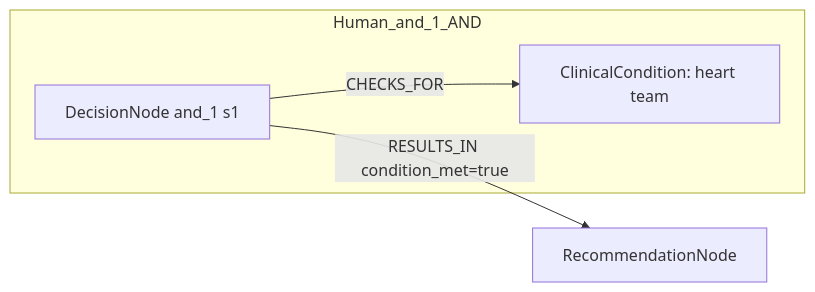
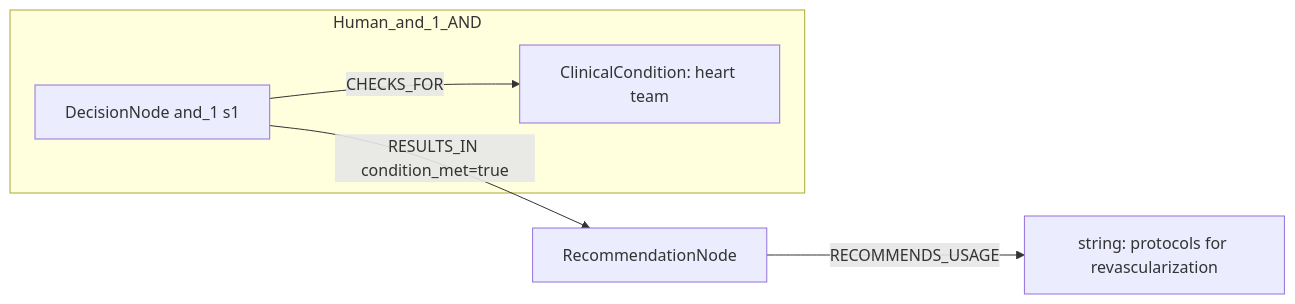
One commit to dieterich-lab/CardioGuidelinesGraph changed the first of 2 diagrams in docs/table22_rows_comparison/row_05.md. Above: the diagram before and after it, drawn with Mermaid. The commit also changed other lines of this file and 21 other files, not shown here.

Commit message:
Fix rowwise Mermaid side handling for human annotations

````diff
--- a/docs/table22_rows_comparison/row_05.md
+++ b/docs/table22_rows_comparison/row_05.md
@@ -161,10 +74,12 @@
 ```mermaid
 graph LR
   REC[RecommendationNode]
+  ACT1[string: protocols for revascularization]
+  REC -->|RECOMMENDS_USAGE| ACT1
   subgraph Human_and_1_AND
     D_and_1_1[DecisionNode and_1 s1]
     C_and_1_1[ClinicalCondition: heart team]
     D_and_1_1 -->|CHECKS_FOR| C_and_1_1
   end
   D_and_1_1 -->|RESULTS_IN condition_met=true| REC
 ```
````
